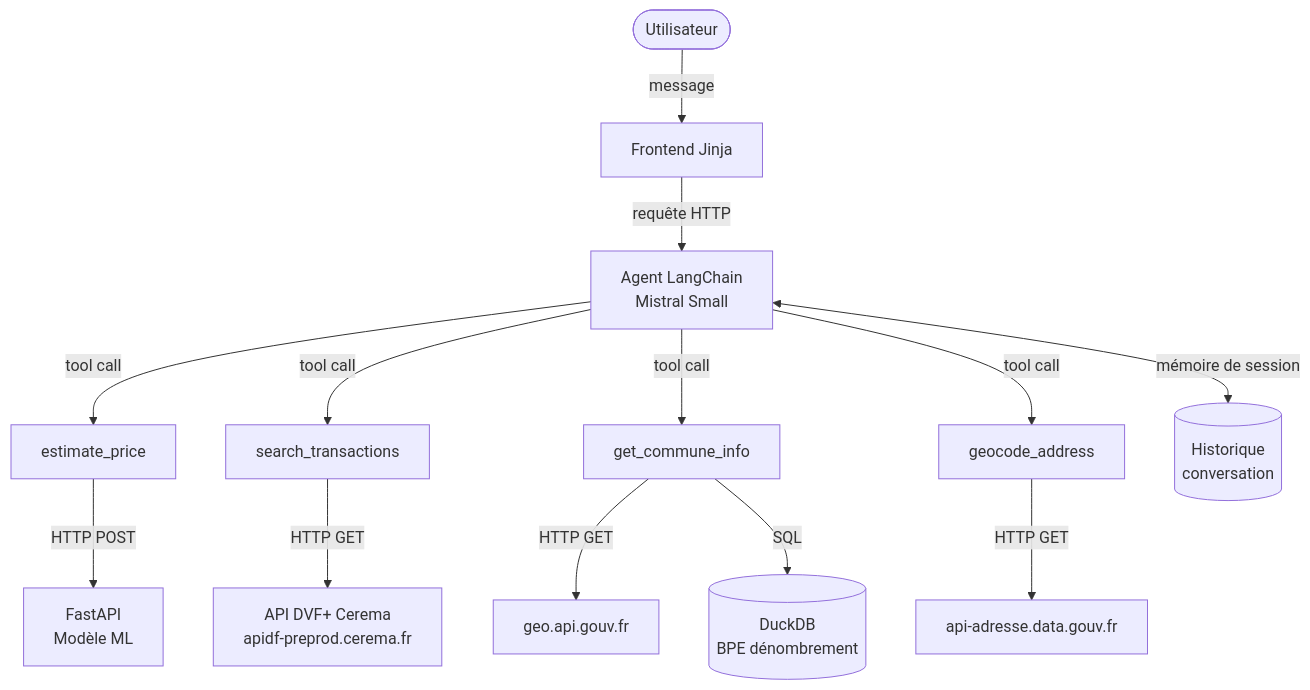
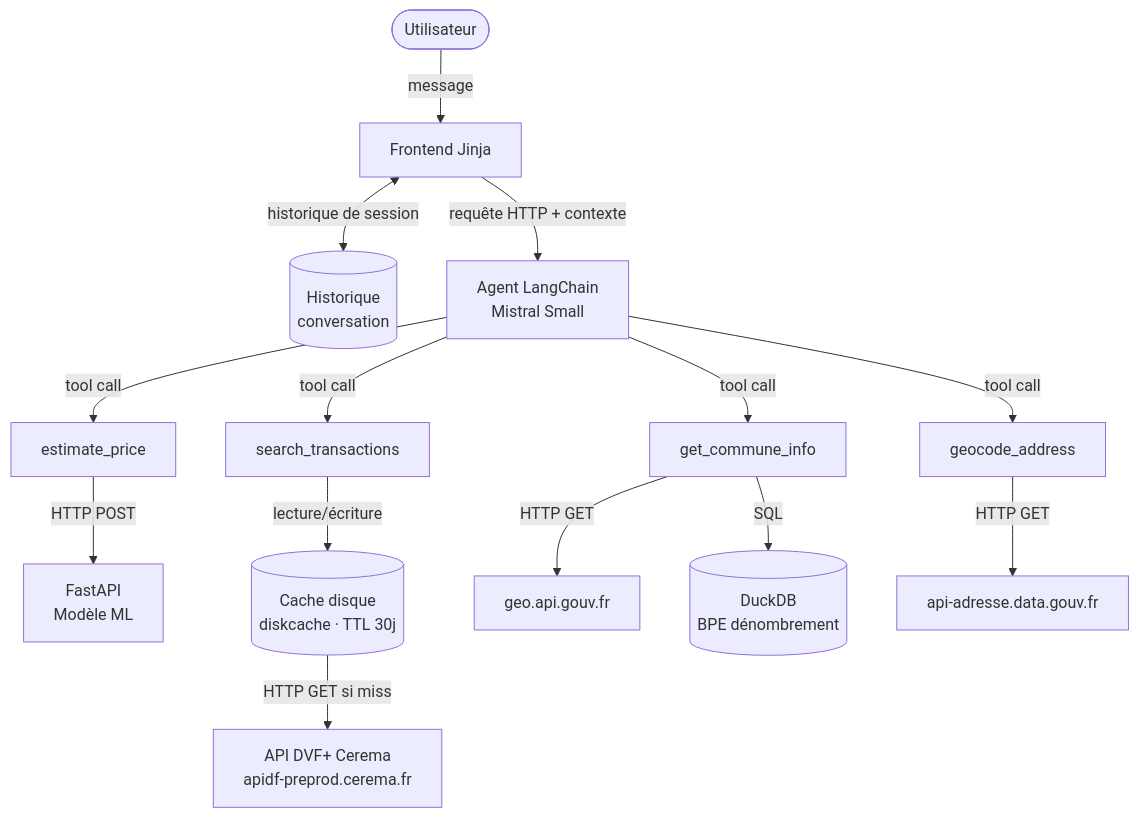
The diagram in docs/note-cadrage.md (VestiC1/Projet-Agent-IA-Immo), drawn with Mermaid before and after one commit. The commit also changed 2 other files, not shown here.

Commit message:
CHORE updated cadrage notes

````diff
--- a/docs/note-cadrage.md
+++ b/docs/note-cadrage.md
@@ -66,17 +66,18 @@
 ```mermaid
 flowchart TD
     U([Utilisateur]) -->|message| F[Frontend Jinja]
-    F -->|requête HTTP| A[Agent LangChain\nMistral Small]
+    F <-->|historique de session| M[(Historique\nconversation)]
+    F -->|requête HTTP + contexte| A[Agent LangChain\nMistral Small]
 
     A -->|tool call| T1[estimate_price]
     A -->|tool call| T2[search_transactions]
     A -->|tool call| T3[get_commune_info]
     A -->|tool call| T4[geocode_address]
-    A <-->|mémoire de session| M[(Historique\nconversation)]
 
     T1 -->|HTTP POST| API[FastAPI\nModèle ML]
-    T2 -->|HTTP GET| CEREMA[API DVF+ Cerema\napidf-preprod.cerema.fr]
+    T2 -->|lecture/écriture| CACHE[(Cache disque\ndiskcache · TTL 30j)]
+    CACHE -->|HTTP GET si miss| CEREMA[API DVF+ Cerema\napidf-preprod.cerema.fr]
     T3 -->|HTTP GET| GEO[geo.api.gouv.fr]
     T3 -->|SQL| DB[(DuckDB\nBPE dénombrement)]
     T4 -->|HTTP GET| ADDR[api-adresse.data.gouv.fr]
 ```
````
